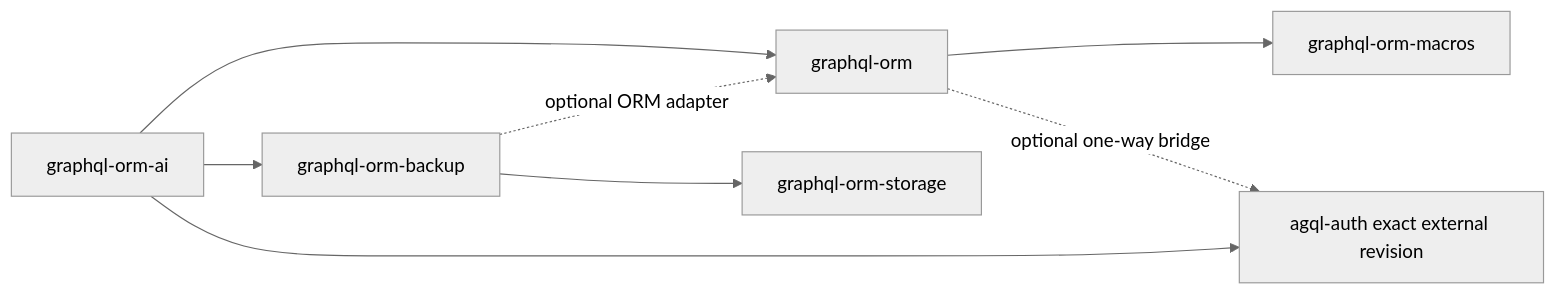
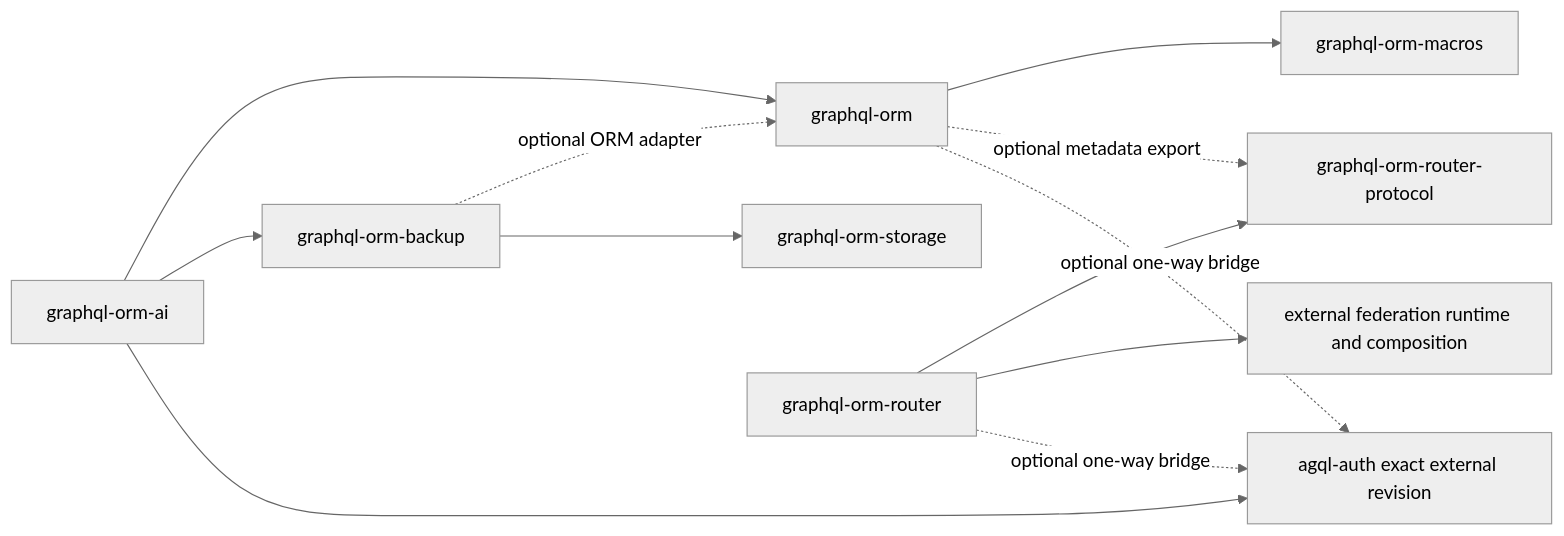
Before and after one commit to Dastari/graphql-orm: the diagram in docs/architecture/system-context.md, drawn with Mermaid (neutral theme). The commit also changed other lines of this file and 134 other files, not shown here.

Commit message:
feat(router): add federated GraphQL router

````diff
--- a/docs/architecture/system-context.md
+++ b/docs/architecture/system-context.md
@@ -17,10 +17,14 @@
 ```mermaid
 flowchart LR
     AI[graphql-orm-ai] --> ORM[graphql-orm]
     AI --> Backup[graphql-orm-backup]
     Backup -. optional ORM adapter .-> ORM
     Backup --> Storage[graphql-orm-storage]
     ORM --> Macros[graphql-orm-macros]
+    Router[graphql-orm-router] --> Protocol[graphql-orm-router-protocol]
+    ORM -. optional metadata export .-> Protocol
+    Router --> Federation[external federation runtime and composition]
+    Router -. optional one-way bridge .-> Auth
     ORM -. optional one-way bridge .-> Auth[agql-auth exact external revision]
     AI --> Auth
 ```
````
